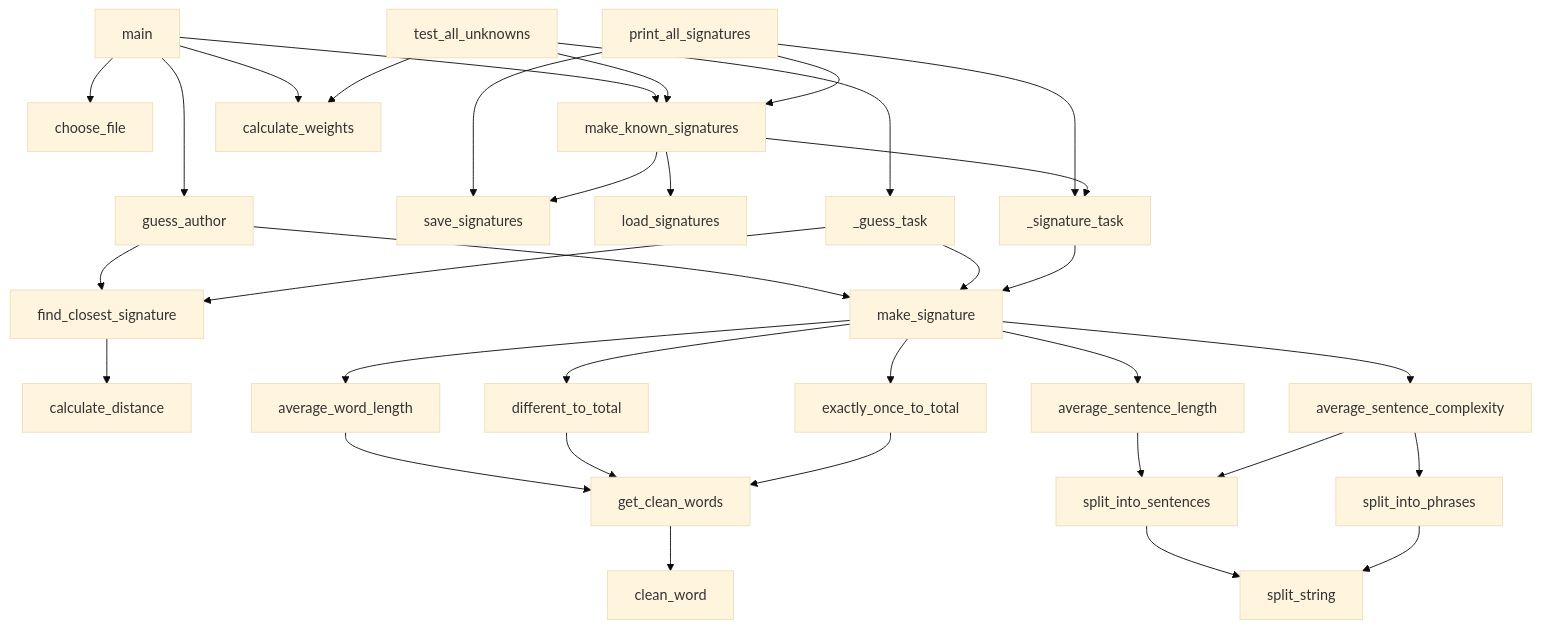
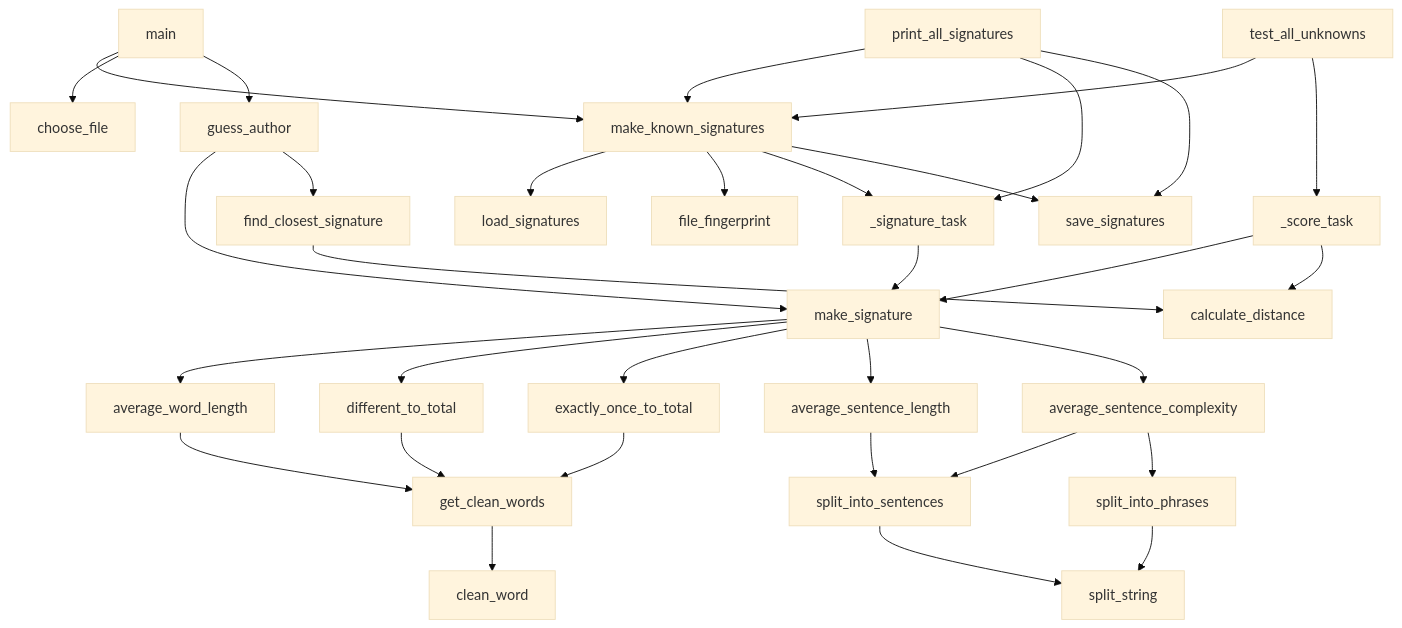
Before and after one commit to AidanColvin/style-distance: the diagram in function-flow.md, drawn with Mermaid (base theme). The commit also changed other lines of this file, not shown here.

Commit message:
Update function flow diagram for authorship identification program

````diff
--- a/function-flow.md
+++ b/function-flow.md
@@ -2,76 +3,75 @@
 ```mermaid
 flowchart TD
     %% Functions
     main
     test_all_unknowns
     print_all_signatures
 
     choose_file
     guess_author
     make_known_signatures
-    calculate_weights
     find_closest_signature
     make_signature
     calculate_distance
 
     save_signatures
     load_signatures
+    file_fingerprint
     _signature_task
-    _guess_task
+    _score_task
 
     average_word_length
     different_to_total
     exactly_once_to_total
     average_sentence_length
     average_sentence_complexity
 
     get_clean_words
     split_into_sentences
     split_into_phrases
     clean_word
     split_string
     %% Calls
+    main --> make_known_signatures
     main --> choose_file
-    main --> make_known_signatures
-    main --> calculate_weights
     main --> guess_author
 
     test_all_unknowns --> make_known_signatures
-    test_all_unknowns --> calculate_weights
-    test_all_unknowns --> _guess_task
+    test_all_unknowns --> _score_task
 
     print_all_signatures --> make_known_signatures
     print_all_signatures --> _signature_task
     print_all_signatures --> save_signatures
 
     make_known_signatures --> load_signatures
+    make_known_signatures --> file_fingerprint
     make_known_signatures --> _signature_task
     make_known_signatures --> save_signatures
 
     guess_author --> make_signature
     guess_author --> find_closest_signature
 
-    _guess_task --> make_signature
-    _guess_task --> find_closest_signature
     _signature_task --> make_signature
+    _score_task --> make_signature
+    _score_task --> calculate_distance
 
     find_closest_signature --> calculate_distance
 
     make_signature --> average_word_length
     make_signature --> different_to_total
     make_signature --> exactly_once_to_total
     make_signature --> average_sentence_length
     make_signature --> average_sentence_complexity
 
     average_word_length --> get_clean_words
     different_to_total --> get_clean_words
     exactly_once_to_total --> get_clean_words
     get_clean_words --> clean_word
 
     average_sentence_length --> split_into_sentences
     average_sentence_complexity --> split_into_sentences
     average_sentence_complexity --> split_into_phrases
 
     split_into_sentences --> split_string
     split_into_phrases --> split_string
 ```
````
